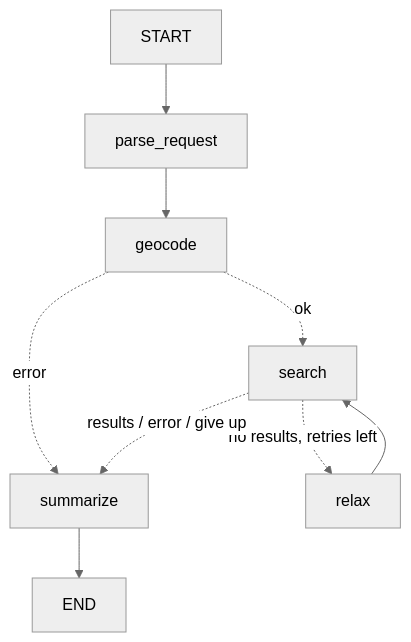
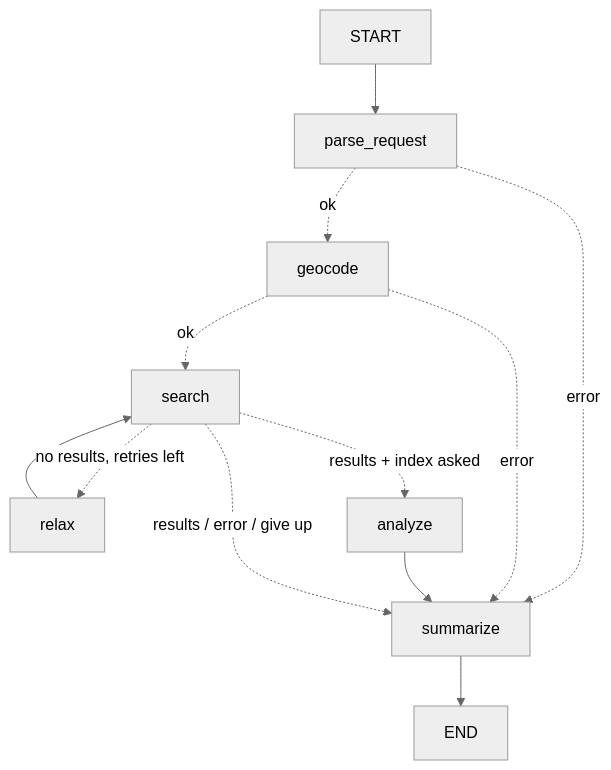
Before and after one commit to sileymane/eo-stac-agent: the diagram in README.md, drawn with Mermaid (neutral theme). The commit also changed other lines of this file and 17 other files, not shown here.

````diff
--- a/README.md
+++ b/README.md
@@ -20,8 +22,11 @@
 ```mermaid
 graph TD
-  START --> parse_request --> geocode
+  START --> parse_request
+  parse_request -. ok .-> geocode
+  parse_request -. error .-> summarize
   geocode -. ok .-> search
   geocode -. error .-> summarize
   search -. no results, retries left .-> relax --> search
+  search -. results + index asked .-> analyze --> summarize
   search -. results / error / give up .-> summarize --> END
 ```
````
